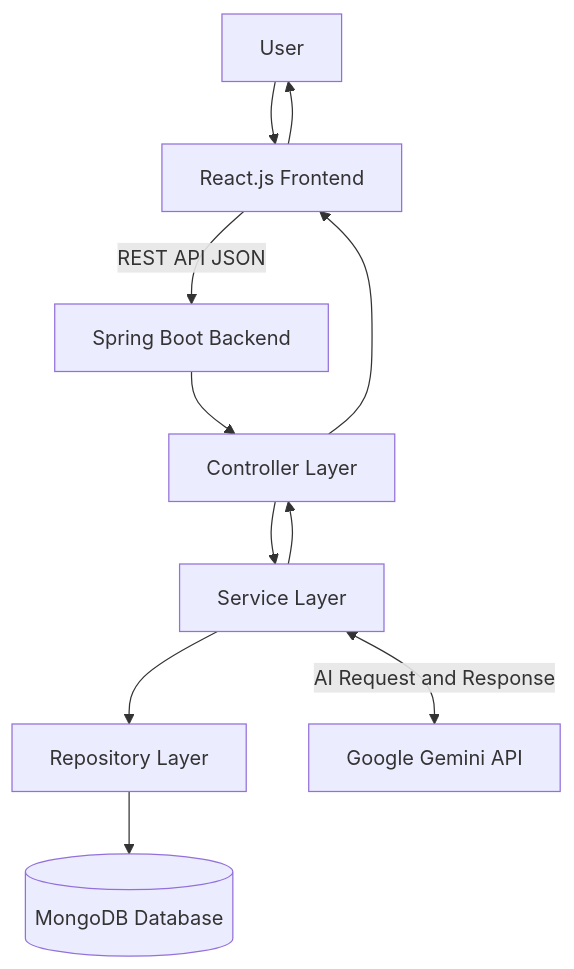
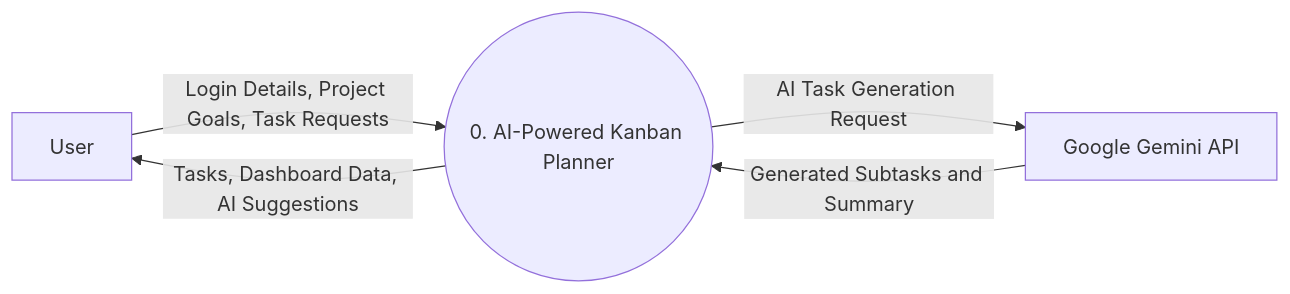
Before and after one commit to Snadip2929/ai-powered-kanban-planner: the diagram in documentation/System_Design.md, drawn with Mermaid. The commit also changed other lines of this file, not shown here.

Commit message:
Add DFD Level 0 context diagram

````diff
--- a/documentation/System_Design.md
+++ b/documentation/System_Design.md
@@ -10,22 +12,12 @@
 ```mermaid
-flowchart TD
+flowchart LR
     U[User]
-    FE[React.js Frontend]
-    BE[Spring Boot Backend]
-    C[Controller Layer]
-    S[Service Layer]
-    R[Repository Layer]
-    DB[(MongoDB Database)]
+    S((0. AI-Powered Kanban Planner))
     AI[Google Gemini API]
 
-    U --> FE
-    FE -->|REST API JSON| BE
-    BE --> C
-    C --> S
-    S --> R
-    R --> DB
-    S <-->|AI Request and Response| AI
-    S --> C
-    C --> FE
-    FE --> U
+    U -->|Login Details, Project Goals, Task Requests| S
+    S -->|Tasks, Dashboard Data, AI Suggestions| U
+
+    S -->|AI Task Generation Request| AI
+    AI -->|Generated Subtasks and Summary| S
 ```
````
